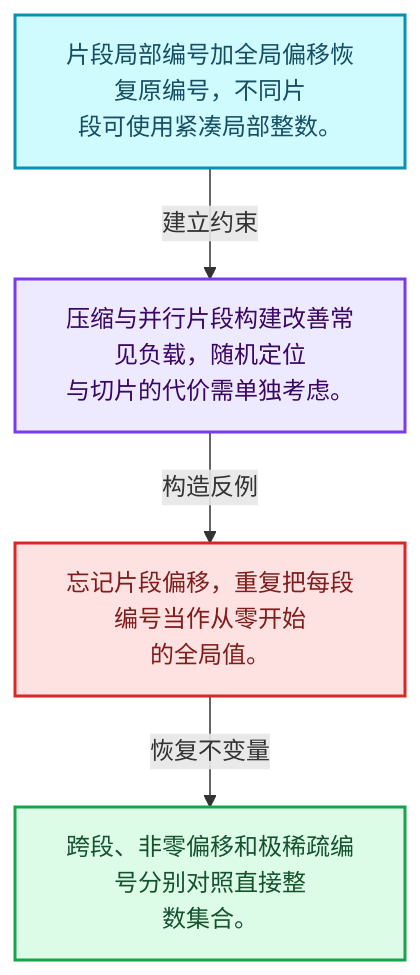
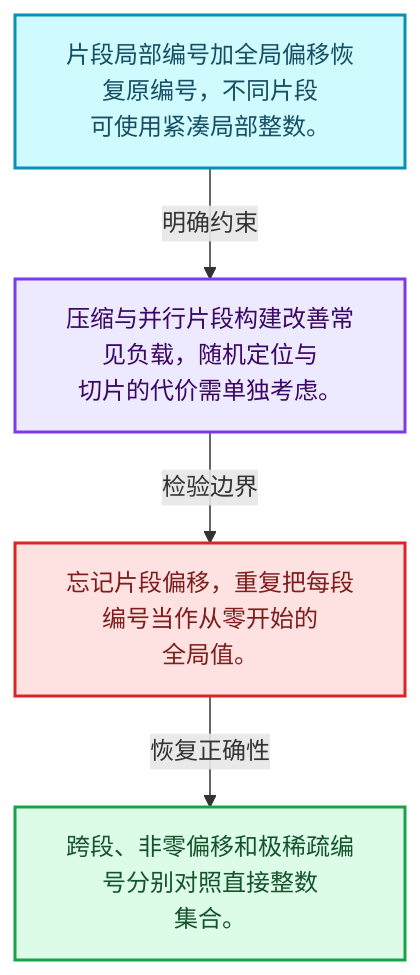
Before and after one commit to yunkezengren/blender-.vscode: the first of 4 diagrams in 杂/markdown/全面学习-codex/04-虚拟数组与索引选择/09-分段存储与遍历.md, drawn with Mermaid. The commit also changed other lines of this file and 1930 other files, not shown here.

````diff
--- a/杂/markdown/全面学习-codex/04-虚拟数组与索引选择/09-分段存储与遍历.md
+++ b/杂/markdown/全面学习-codex/04-虚拟数组与索引选择/09-分段存储与遍历.md
@@ -29,16 +29,16 @@
 ```mermaid
 flowchart TB
-  M["片段局部编号加全局偏移恢复原编号，不同片<br/>段可使用紧凑局部整数。"]:::data
-  T["压缩与并行片段构建改善常见负载，随机定位<br/>与切片的代价需单独考虑。"]:::abstraction
-  X["忘记片段偏移，重复把每段编号当作从零开始<br/>的全局值。"]:::error
-  A["跨段、非零偏移和极稀疏编号分别对照直接整<br/>数集合。"]:::result
-  M -->|"建立约束"| T
-  T -->|"构造反例"| X
-  X -->|"恢复不变量"| A
+  M["片段局部编号加全局偏移恢复原编号，不同片段<br/>可使用紧凑局部整数。"]:::data
+  C["压缩与并行片段构建改善常见负载，随机定位与<br/>切片的代价需单独考虑。"]:::abstraction
+  B["忘记片段偏移，重复把每段编号当作从零开始的<br/>全局值。"]:::error
+  R["跨段、非零偏移和极稀疏编号分别对照直接整数<br/>集合。"]:::result
+  M -->|"明确约束"| C
+  C -->|"检验边界"| B
+  B -->|"恢复正确性"| R
   classDef input fill:#DBEAFE,stroke:#2563EB,color:#172554,stroke-width:2px;
   classDef data fill:#CFFAFE,stroke:#0891B2,color:#164E63,stroke-width:2px;
   classDef abstraction fill:#EDE9FE,stroke:#7C3AED,color:#3B0764,stroke-width:2px;
   classDef compute fill:#FEF3C7,stroke:#D97706,color:#78350F,stroke-width:2px;
   classDef result fill:#DCFCE7,stroke:#16A34A,color:#14532D,stroke-width:2px;
   classDef error fill:#FEE2E2,stroke:#DC2626,color:#7F1D1D,stroke-width:2px;
 ```
````
